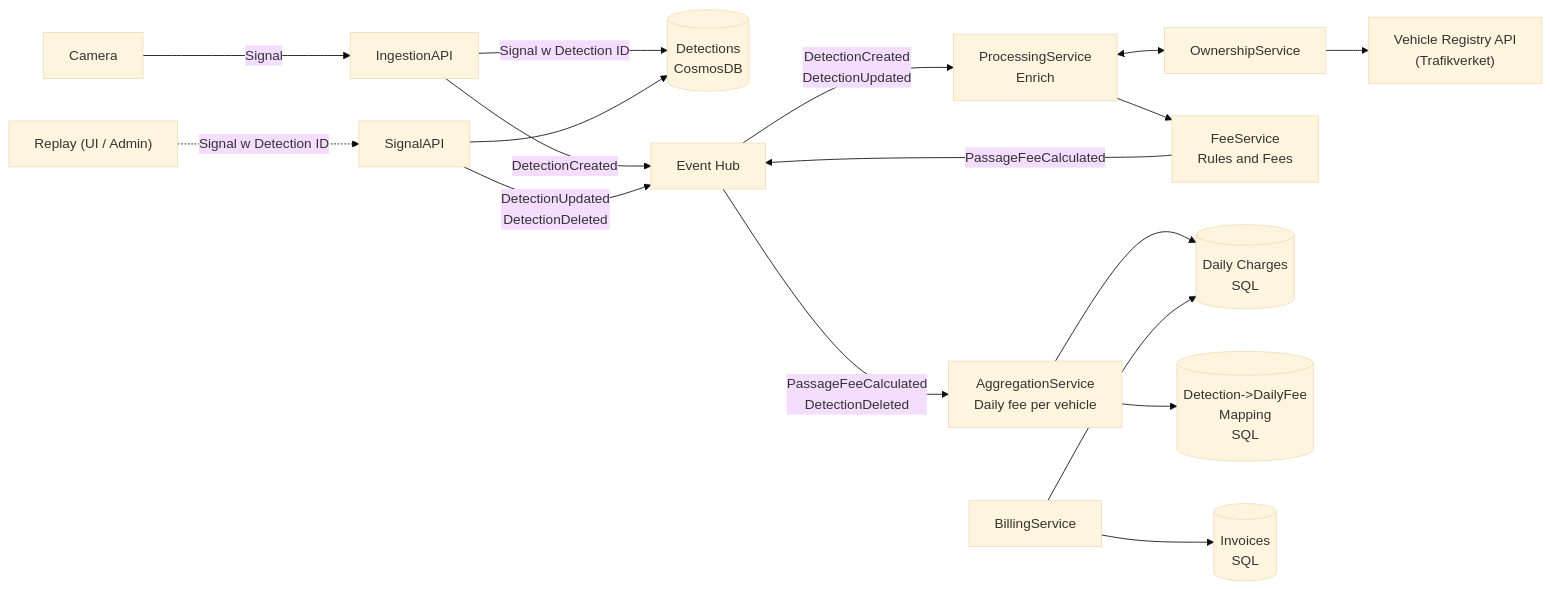
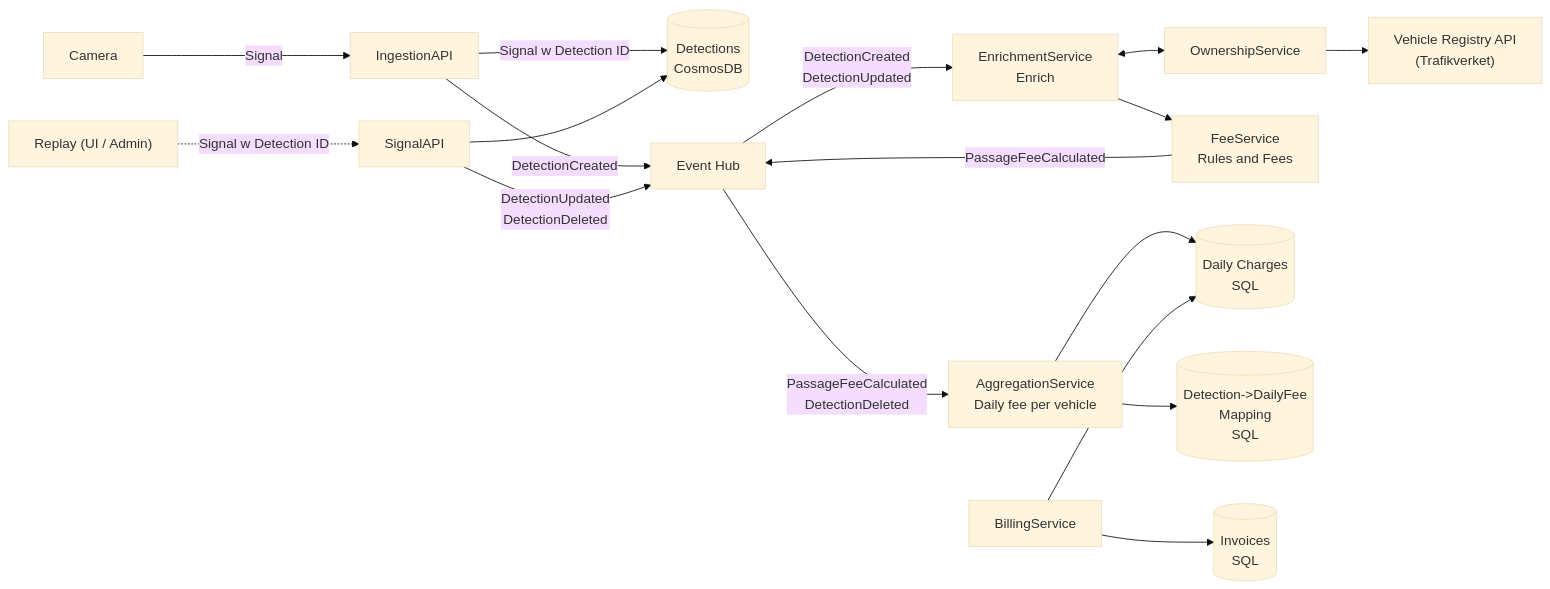
Before and after one commit to elisabet123/UrbanTollStream: the diagram in README.md, drawn with Mermaid (base theme). The commit also changed other lines of this file and 17 other files, not shown here.

Commit message:
ProcessingService renamed to EnrichmentService and is handling DetectionCreated

````diff
--- a/README.md
+++ b/README.md
@@ -3,28 +3,28 @@
 ```mermaid
 flowchart LR
     Camera --> |Signal| IngestionAPI
     Replay["Replay (UI / Admin)"] -.-> |Signal w Detection ID|SignalAPI
 
     IngestionAPI --> |Signal w Detection ID|DetectionDB[(Detections\nCosmosDB)]
     SignalAPI --> DetectionDB
 
     IngestionAPI --> |DetectionCreated| EventHub["Event Hub"]
     SignalAPI --> |DetectionUpdated\nDetectionDeleted| EventHub
 
-    EventHub --> |DetectionCreated\nDetectionUpdated| ProcessingService["ProcessingService\nEnrich"]
+    EventHub --> |DetectionCreated\nDetectionUpdated| EnrichmentService["EnrichmentService\nEnrich"]
 
-    ProcessingService <--> OwnershipService
+    EnrichmentService <--> OwnershipService
     OwnershipService --> ExternalAPI["Vehicle Registry API\n(Trafikverket)"]
 
-    ProcessingService --> FeeService["FeeService\nRules and Fees"]
+    EnrichmentService --> FeeService["FeeService\nRules and Fees"]
 
     FeeService -->|PassageFeeCalculated| EventHub
 
     EventHub -->|PassageFeeCalculated\nDetectionDeleted| AggregationService["AggregationService\nDaily fee per vehicle"]
     AggregationService --> AggregationDB[(Daily Charges\nSQL)]
 
     AggregationService --> MappingDB[("Detection->DailyFee\nMapping\nSQL")]
 
     BillingService --> AggregationDB
     BillingService --> BillingDB[(Invoices\nSQL)]
 ```
````
